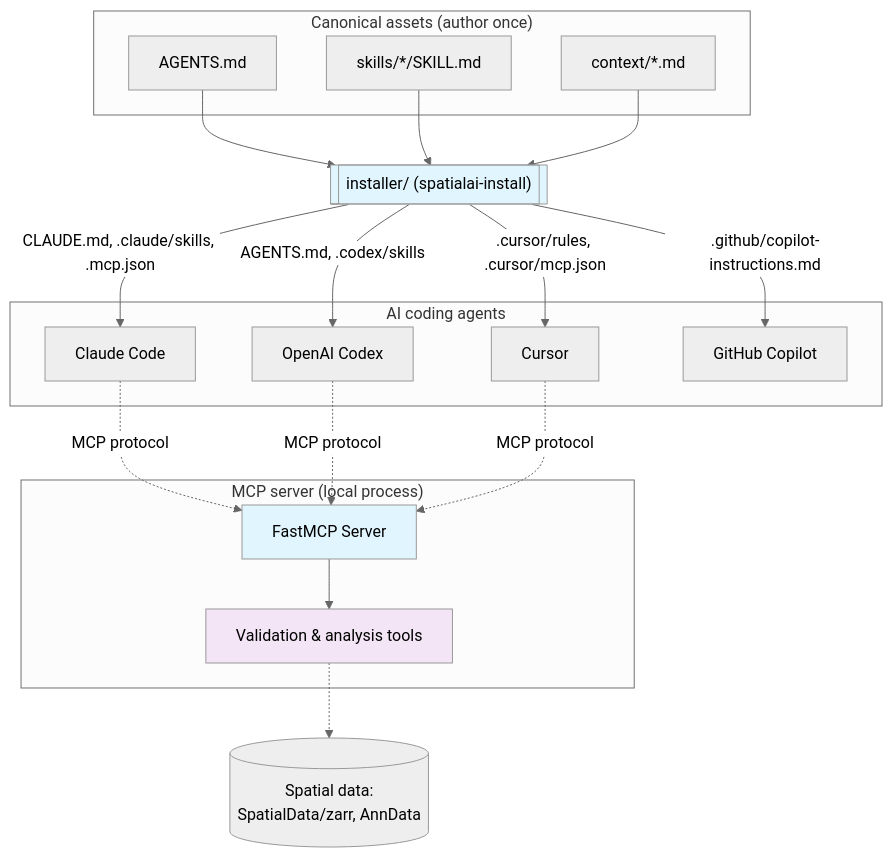
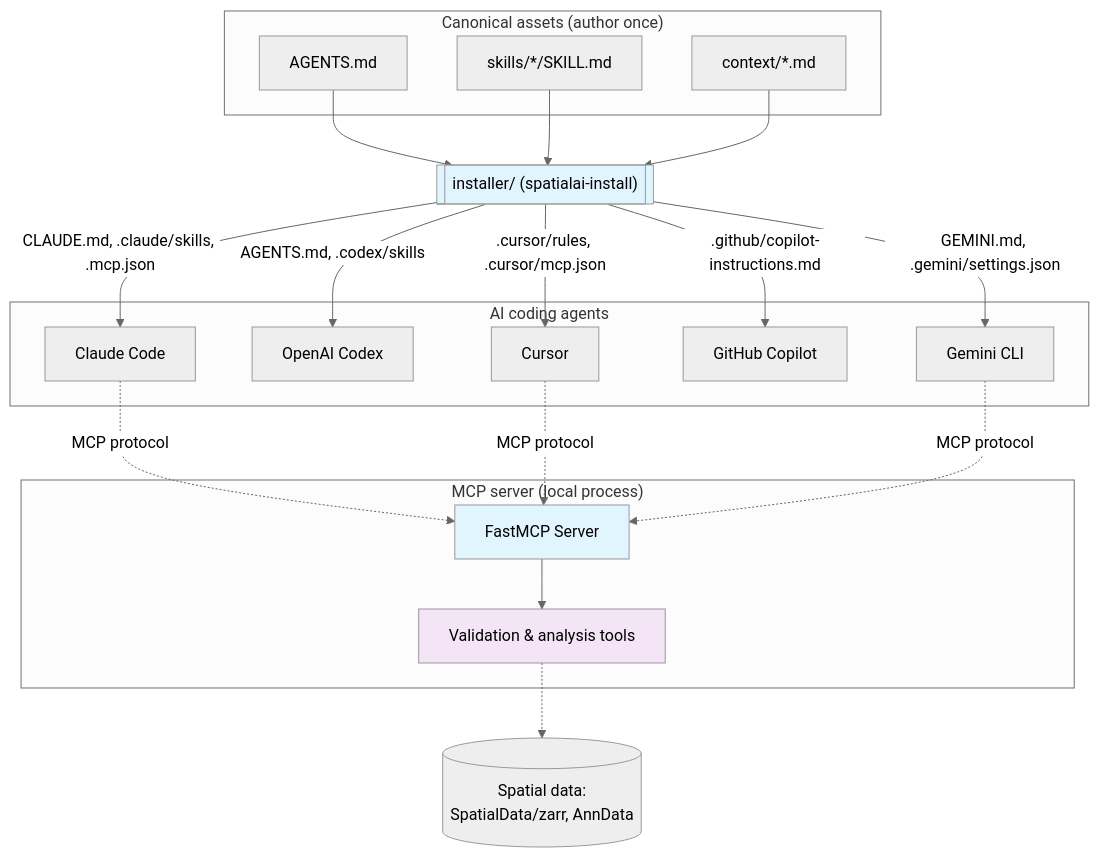
The diagram in README.md (Rebell-Leader/SpatialAI_MCP), drawn with Mermaid (neutral theme) before and after one commit. The commit also changed other lines of this file and 50 other files, not shown here.

````diff
--- a/README.md
+++ b/README.md
@@ -84,39 +84,41 @@
 ```mermaid
 graph TB
     subgraph Canonical["Canonical assets (author once)"]
         Agents[AGENTS.md]
         Skills[skills/*/SKILL.md]
         Ctx[context/*.md]
     end
 
     Installer[["installer/ (spatialai-install)"]]
     Agents --> Installer
     Skills --> Installer
     Ctx --> Installer
 
     subgraph Agents_["AI coding agents"]
         Claude[Claude Code]
         Codex[OpenAI Codex]
         Cursor[Cursor]
         Copilot[GitHub Copilot]
+        Gemini[Gemini CLI]
     end
     Installer -->|CLAUDE.md, .claude/skills, .mcp.json| Claude
     Installer -->|AGENTS.md, .codex/skills| Codex
     Installer -->|.cursor/rules, .cursor/mcp.json| Cursor
     Installer -->|.github/copilot-instructions.md| Copilot
+    Installer -->|GEMINI.md, .gemini/settings.json| Gemini
 
     subgraph Server["MCP server (local process)"]
         MCP[FastMCP Server]
         Val[Validation & analysis tools]
         MCP --> Val
     end
     Claude -.->|MCP protocol| MCP
-    Codex -.->|MCP protocol| MCP
     Cursor -.->|MCP protocol| MCP
+    Gemini -.->|MCP protocol| MCP
 
     Val -.-> Data[(Spatial data:\nSpatialData/zarr, AnnData)]
 
     style Installer fill:#e1f5fe
     style MCP fill:#e1f5fe
     style Val fill:#f3e5f5
 ```
````
